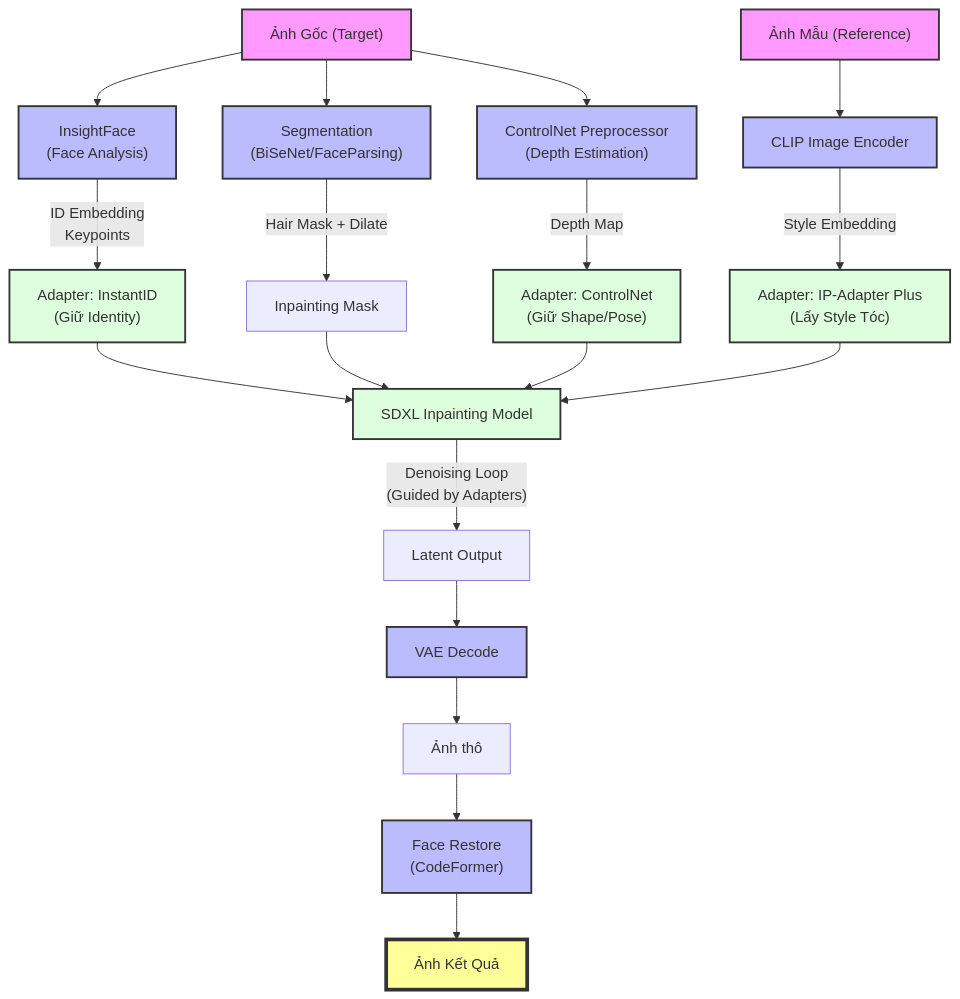
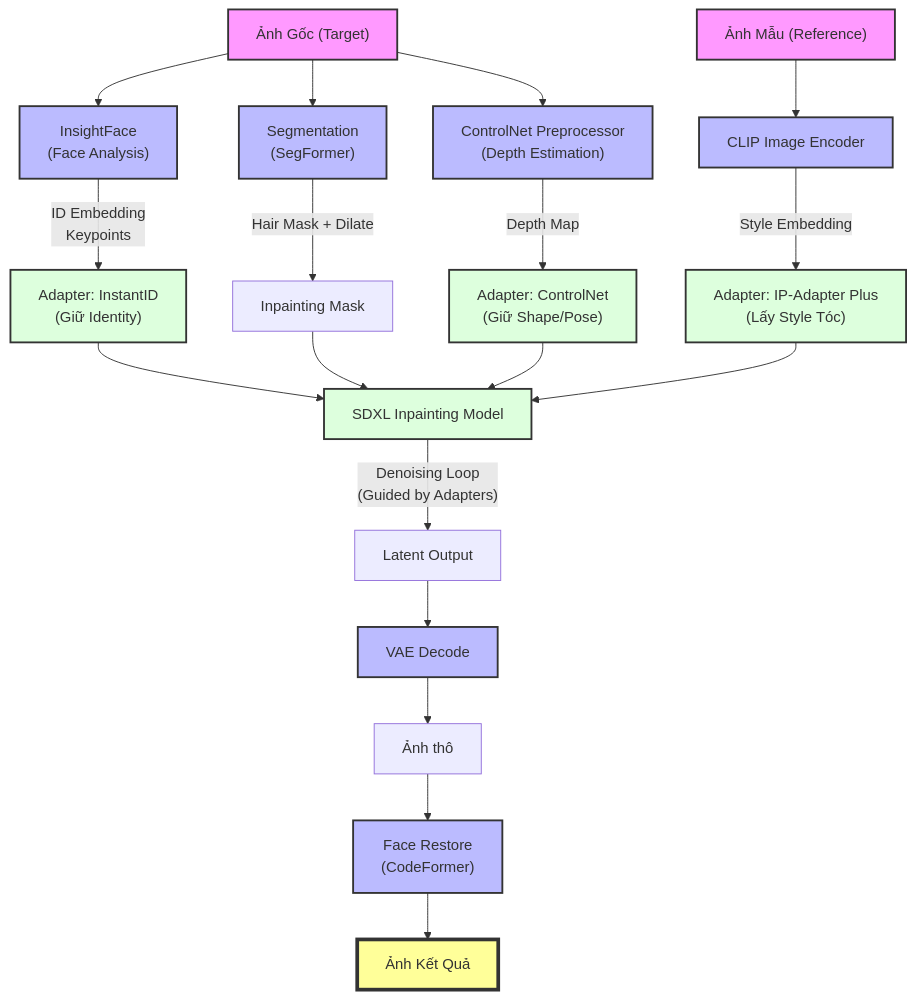
One commit to Phatjhhoq8/TryHairstyle_Diffusion changed the diagram in QUY_TRINH.md. Above: the diagram before and after it, drawn with Mermaid. The commit also changed other lines of this file and 42 other files, not shown here.

````diff
--- a/QUY_TRINH.md
+++ b/QUY_TRINH.md
@@ -117,40 +117,40 @@
 ```mermaid
 graph TD
     %% Inputs
     Target["Ảnh Gốc (Target)"] --> InsightFace["InsightFace<br>(Face Analysis)"]
-    Target --> Seg["Segmentation<br>(BiSeNet/FaceParsing)"]
+    Target --> Seg["Segmentation<br>(SegFormer)"]
     Target --> Depth["ControlNet Preprocessor<br>(Depth Estimation)"]
     Ref["Ảnh Mẫu (Reference)"] --> CLIP["CLIP Image Encoder"]
 
     %% Preprocessing Data
     InsightFace -->|ID Embedding<br>Keypoints| InstantID["Adapter: InstantID<br>(Giữ Identity)"]
     Seg -->|Hair Mask + Dilate| InpaintMask["Inpainting Mask"]
     Depth -->|Depth Map| ControlNet["Adapter: ControlNet<br>(Giữ Shape/Pose)"]
     CLIP -->|Style Embedding| IPAdapter["Adapter: IP-Adapter Plus<br>(Lấy Style Tóc)"]
 
     %% Inference Core
     InstantID --> SDXL["SDXL Inpainting Model"]
     InpaintMask --> SDXL
     ControlNet --> SDXL
     IPAdapter --> SDXL
 
     %% Models Logic
     SDXL -->|"Denoising Loop<br>(Guided by Adapters)"| Latent["Latent Output"]
     Latent --> Decode["VAE Decode"]
 
     %% Post-processing
     Decode --> RawImg["Ảnh thô"]
     RawImg --> Restore["Face Restore<br>(CodeFormer)"]
     Restore --> Final["Ảnh Kết Quả"]
 
     %% Styling
     classDef input fill:#f9f,stroke:#333,stroke-width:2px;
     classDef process fill:#bbf,stroke:#333,stroke-width:2px;
     classDef model fill:#dfd,stroke:#333,stroke-width:2px;
     classDef output fill:#ff9,stroke:#333,stroke-width:4px;
 
     class Target,Ref input;
     class InsightFace,Seg,Depth,CLIP,Restore,Decode process;
     class InstantID,ControlNet,IPAdapter,SDXL model;
     class Final output;
 ```
````
